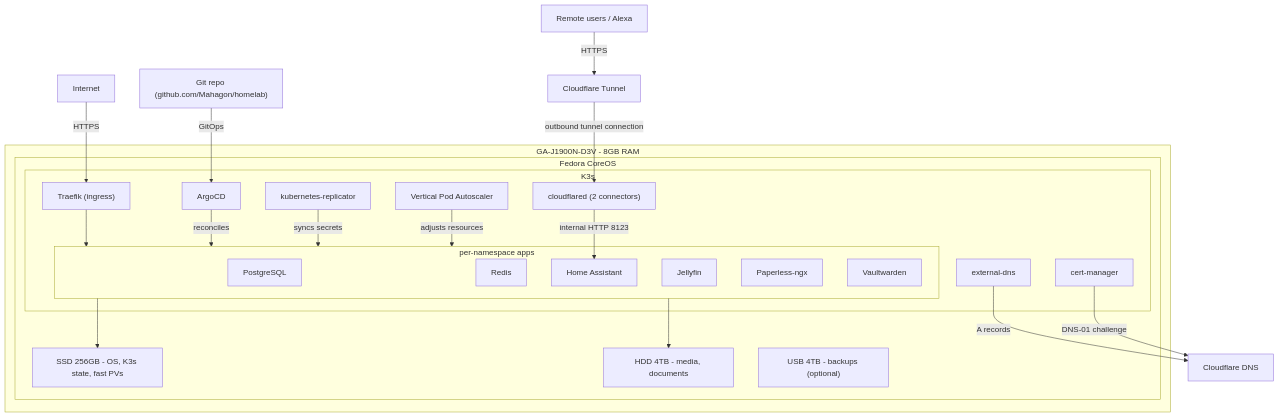
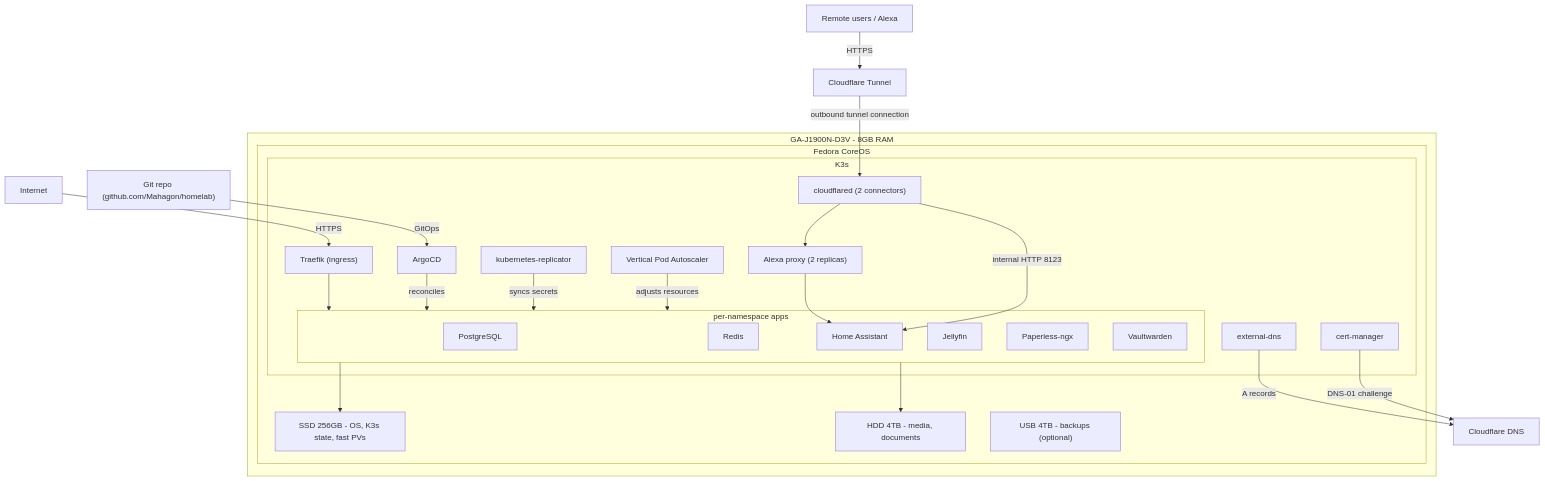
One commit to Mahagon/homelab changed the first of 2 diagrams in README.md. Above: the diagram before and after it, drawn with Mermaid. The commit also changed other lines of this file and 18 other files, not shown here.

First line of the commit message:
feat: remove legacy Home Assistant Alexa infrastructure workflow

````diff
--- a/README.md
+++ b/README.md
@@ -7,45 +7,48 @@
 ```mermaid
 graph TD
     Internet -->|HTTPS| Traefik
     RemoteUsers["Remote users / Alexa"] -->|HTTPS| CloudflareTunnel["Cloudflare Tunnel"]
     Git["Git repo (github.com/Mahagon/homelab)"] -->|GitOps| ArgoCD
     ExternalDNS -->|A records| Cloudflare["Cloudflare DNS"]
     CertManager -->|DNS-01 challenge| Cloudflare
 
     subgraph hw["GA-J1900N-D3V - 8GB RAM"]
         subgraph fcos["Fedora CoreOS"]
             subgraph cluster["K3s"]
                 ArgoCD
                 Traefik["Traefik (ingress)"]
                 CertManager["cert-manager"]
                 ExternalDNS["external-dns"]
                 Cloudflared["cloudflared (2 connectors)"]
+                AlexaProxy["Alexa proxy (2 replicas)"]
                 Replicator["kubernetes-replicator"]
                 VPA["Vertical Pod Autoscaler"]
 
                 subgraph apps["per-namespace apps"]
                     PostgreSQL
                     Redis
                     HomeAssistant["Home Assistant"]
                     Jellyfin
                     Paperless["Paperless-ngx"]
                     Vaultwarden
                 end
 
                 Traefik --> apps
+                Cloudflared --> AlexaProxy
+                AlexaProxy --> HomeAssistant
                 ArgoCD -->|reconciles| apps
                 Replicator -->|syncs secrets| apps
                 VPA -->|adjusts resources| apps
                 Cloudflared -->|internal HTTP 8123| HomeAssistant
             end
 
             SSD["SSD 256GB - OS, K3s state, fast PVs"]
             HDD["HDD 4TB - media, documents"]
             USB["USB 4TB - backups (optional)"]
         end
     end
 
     apps --> SSD
     apps --> HDD
     CloudflareTunnel -->|outbound tunnel connection| Cloudflared
 ```
````
